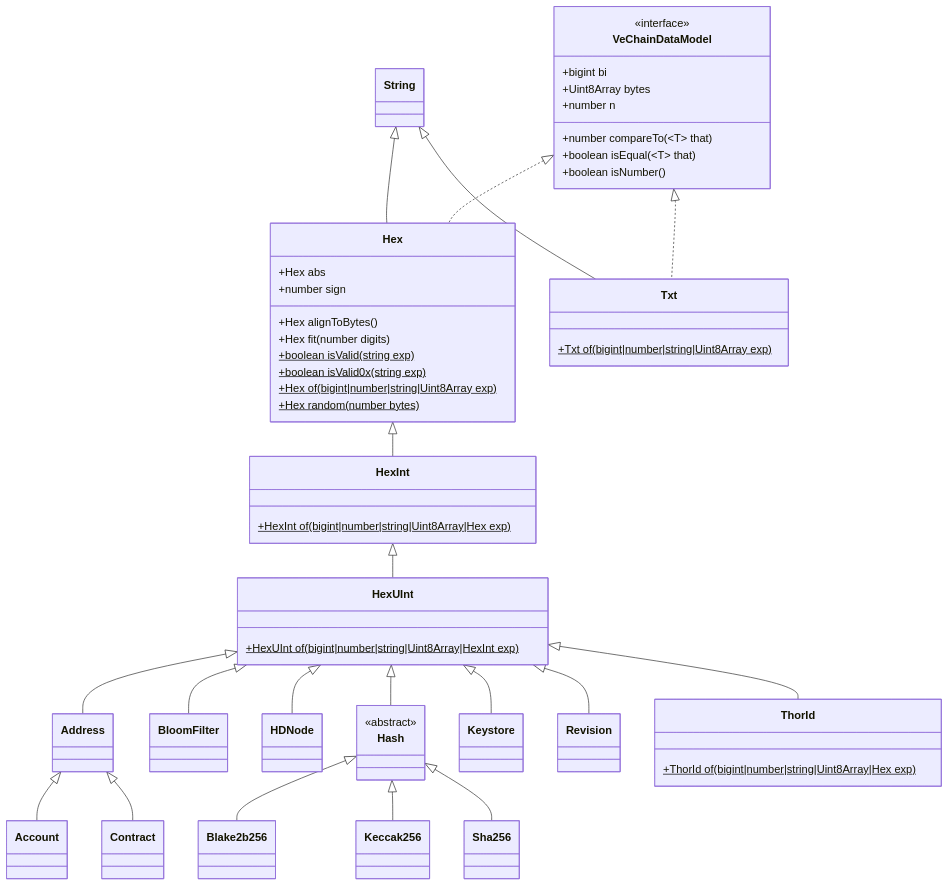
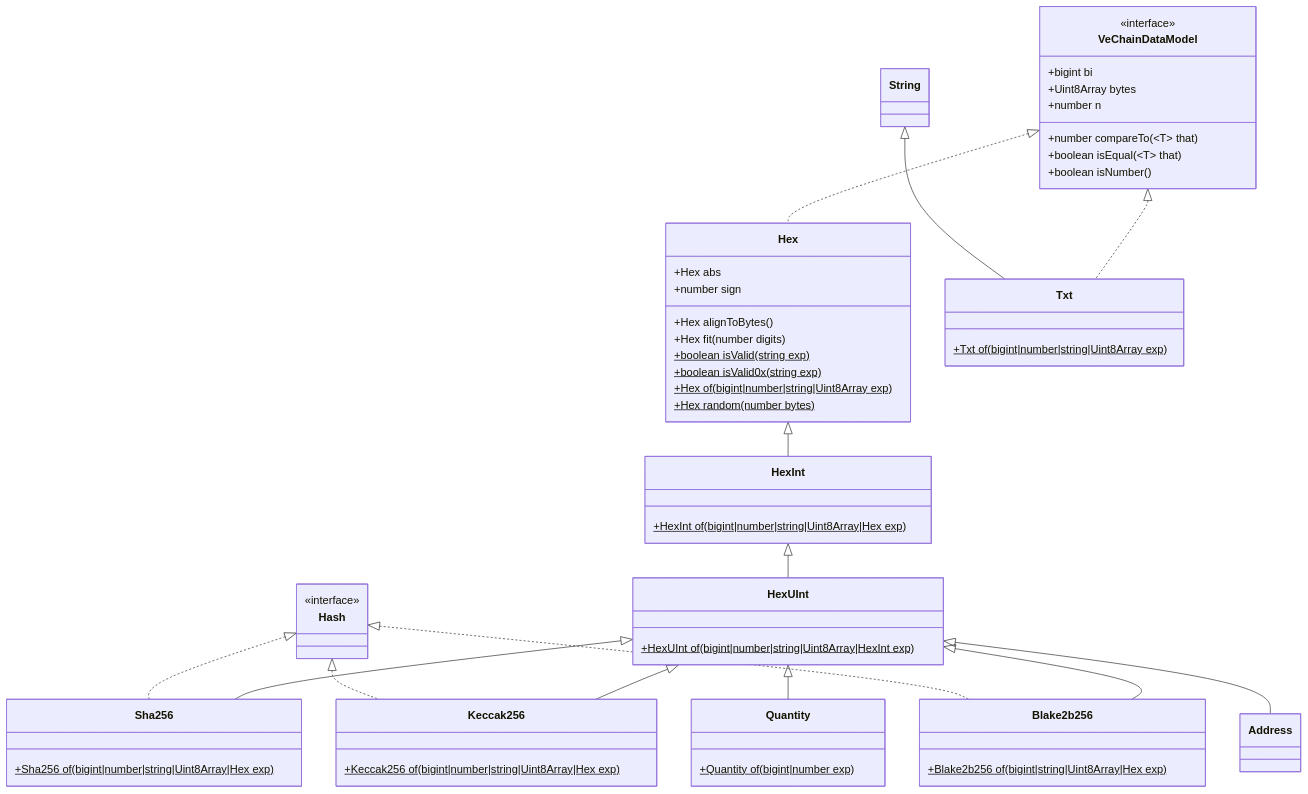
One commit to vechain/vechain-sdk-js changed the diagram in docs/diagrams/architecture/vcdm.md. Above: the diagram before and after it, drawn with Mermaid. The commit also changed 64 other files, not shown here.

First line of the commit message:
1115 class hash blake256 keccak256 sha256 (#1155)

````diff
--- a/docs/diagrams/architecture/vcdm.md
+++ b/docs/diagrams/architecture/vcdm.md
@@ -1,67 +1,61 @@
 ```mermaid
 classDiagram
-    class Account
     class Address
-    class Blake2b256
-    class BloomFilter
-    class Contract
-    class HDNode
+    class Blake2b256 {
+        +Blake2b256 of(bigint|string|Uint8Array|Hex exp)$
+    }
     class Hash {
-        <<abstract>>
+        <<interface>>
     }
     class Hex {
         +Hex abs
         +number sign
         +Hex alignToBytes()
         +Hex fit(number digits)
         +boolean isValid(string exp)$
         +boolean isValid0x(string exp)$
         +Hex of(bigint|number|string|Uint8Array exp)$
         +Hex random(number bytes)$
     }
     class HexInt {
         +HexInt of(bigint|number|string|Uint8Array|Hex exp)$
     }
     class HexUInt {
         +HexUInt of(bigint|number|string|Uint8Array|HexInt exp)$
     }
-    class Keccak256 
-    class Keystore
-    class Revision
-    class Sha256
+    class Keccak256 {
+        +Keccak256 of(bigint|number|string|Uint8Array|Hex exp)$
+    }
+    class Quantity {
+        +Quantity of(bigint|number exp)$
+    }
+    class Sha256 {
+        +Sha256 of(bigint|number|string|Uint8Array|Hex exp)$
+    }
     class String
-    class ThorId {
-        +ThorId of(bigint|number|string|Uint8Array|Hex exp)$
-    }
     class Txt {
         +Txt of(bigint|number|string|Uint8Array exp)$
     }
-    class String
     class VeChainDataModel{
         <<interface>>
       +bigint bi
       +Uint8Array bytes
       +number n
       +number compareTo(~T~ that)
       +boolean isEqual(~T~ that)
       +boolean isNumber()
     }
-    Address <|-- Account
-    Address <|-- Contract
-    Hash <|-- Blake2b256
-    Hash <|-- Keccak256
-    Hash <|-- Sha256
+    Hash <|.. Blake2b256
+    Hash <|.. Keccak256
+    Hash <|.. Sha256
     Hex <|-- HexInt
+    HexInt <|-- HexUInt
     HexUInt <|-- Address
-    HexUInt <|-- BloomFilter
-    HexUInt <|-- HDNode
-    HexInt <|-- HexUInt
-    HexUInt <|-- Hash
-    HexUInt <|-- ThorId
-    HexUInt <|-- Keystore
-    HexUInt <|-- Revision
-    String <|-- Hex
+    HexUInt <|-- Blake2b256
+    HexUInt <|-- Keccak256
+    HexUInt <|-- Quantity
+    HexUInt <|-- Sha256
     String <|-- Txt
     VeChainDataModel <|.. Hex
     VeChainDataModel <|.. Txt
 ```
````
